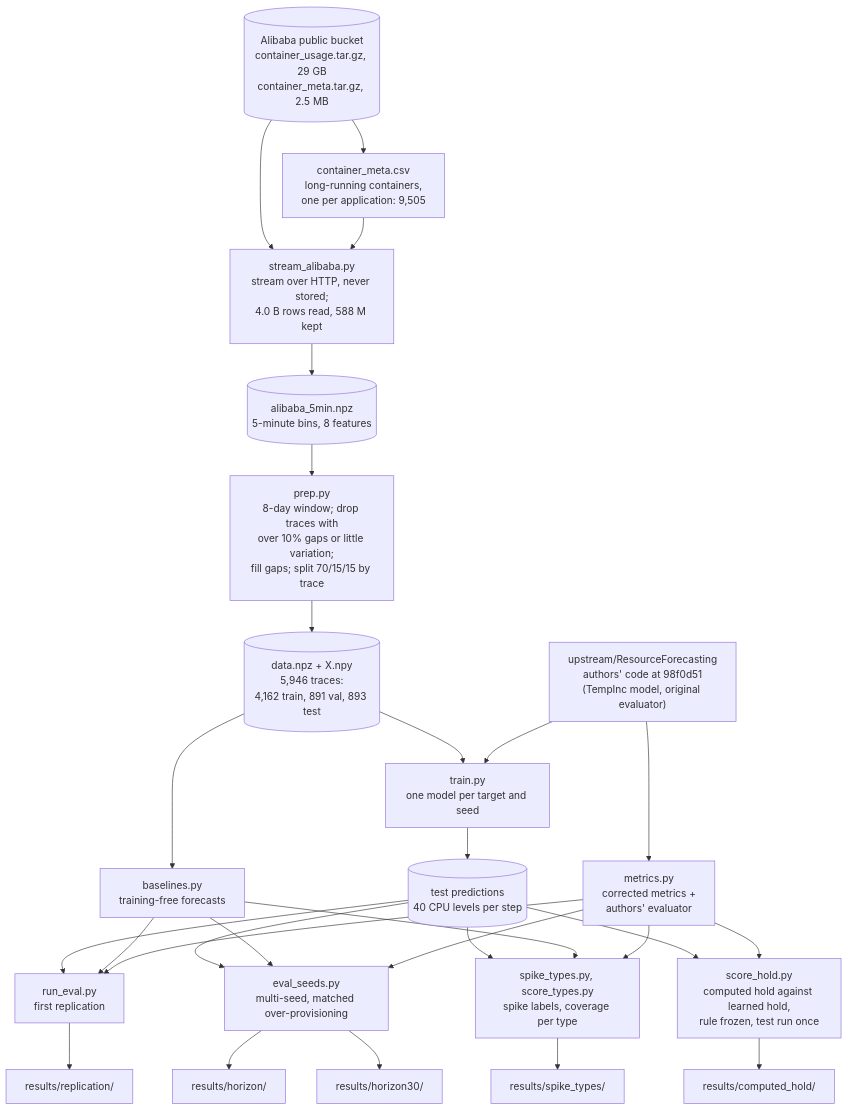
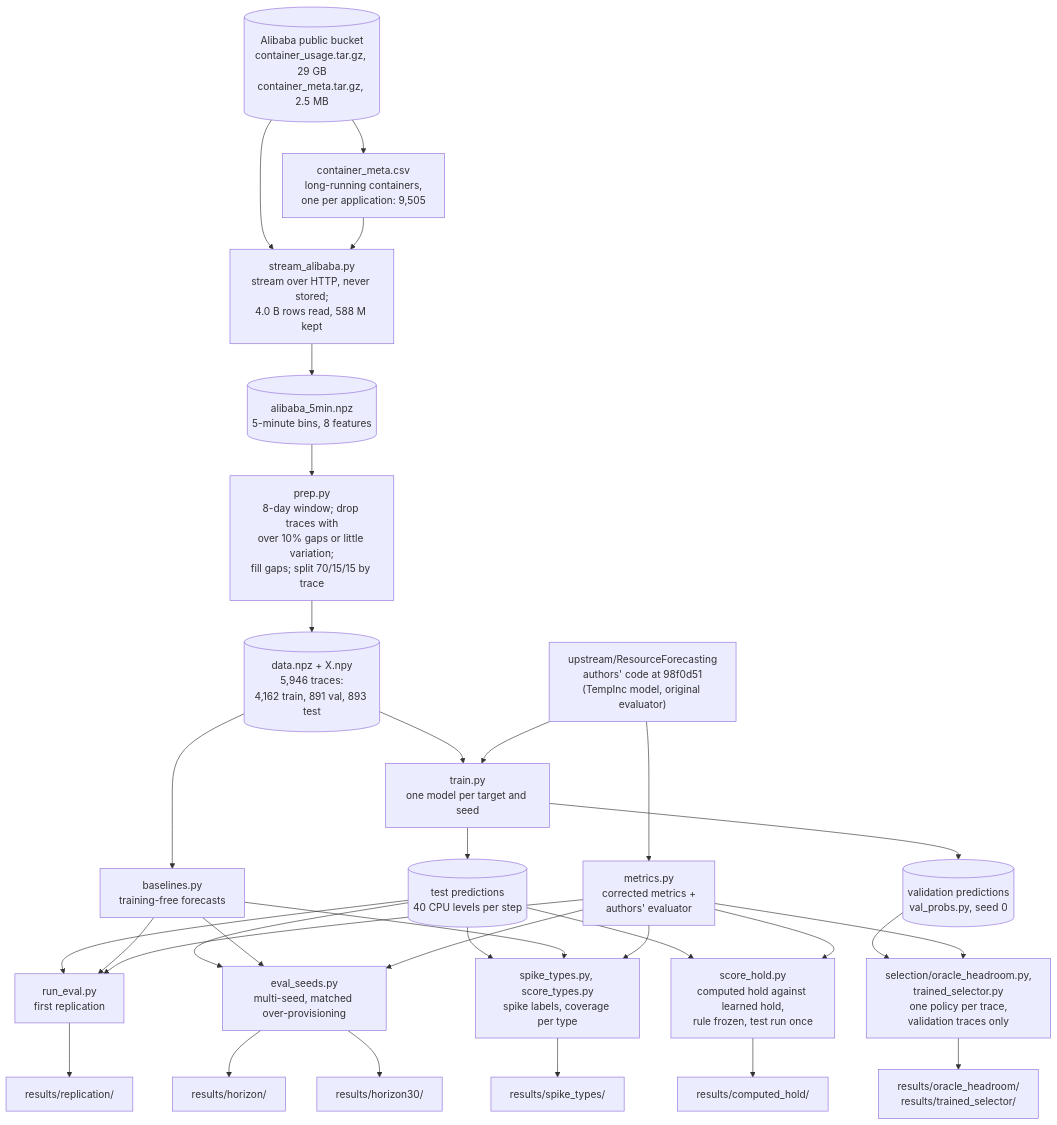
One commit to ashutosharma2/SpikeCheck changed the first of 5 diagrams in docs/architecture.md. Above: the diagram before and after it, drawn with Mermaid. The commit also changed other lines of this file and 17 other files, not shown here.

First line of the commit message:
Check for headroom before building a per-trace policy selector

````diff
--- a/docs/architecture.md
+++ b/docs/architecture.md
@@ -26,50 +26,57 @@
 ```mermaid
 flowchart TD
     OSS[("Alibaba public bucket<br/>container_usage.tar.gz, 29 GB<br/>container_meta.tar.gz, 2.5 MB")]
     META["container_meta.csv<br/>long-running containers,<br/>one per application: 9,505"]
     STREAM["stream_alibaba.py<br/>stream over HTTP, never stored;<br/>4.0 B rows read, 588 M kept"]
     AGG[("alibaba_5min.npz<br/>5-minute bins, 8 features")]
     PREP["prep.py<br/>8-day window; drop traces with<br/>over 10% gaps or little variation;<br/>fill gaps; split 70/15/15 by trace"]
     DATA[("data.npz + X.npy<br/>5,946 traces:<br/>4,162 train, 891 val, 893 test")]
     UP["upstream/ResourceForecasting<br/>authors' code at 98f0d51<br/>(TempInc model, original evaluator)"]
     TRAIN["train.py<br/>one model per target and seed"]
     PROBS[("test predictions<br/>40 CPU levels per step")]
     BASE["baselines.py<br/>training-free forecasts"]
     EVAL1["run_eval.py<br/>first replication"]
     EVAL2["eval_seeds.py<br/>multi-seed, matched over-provisioning"]
     M["metrics.py<br/>corrected metrics +<br/>authors' evaluator"]
     R1["results/replication/"]
     R2["results/horizon/"]
     R3["results/horizon30/"]
     EVAL3["spike_types.py, score_types.py<br/>spike labels, coverage per type"]
     R4["results/spike_types/"]
     EVAL4["score_hold.py<br/>computed hold against learned hold,<br/>rule frozen, test run once"]
     R5["results/computed_hold/"]
+    VAL[("validation predictions<br/>val_probs.py, seed 0")]
+    EVAL5["selection/oracle_headroom.py,<br/>trained_selector.py<br/>one policy per trace,<br/>validation traces only"]
+    R6["results/oracle_headroom/<br/>results/trained_selector/"]
 
     OSS --> META
     OSS --> STREAM
     META --> STREAM
     STREAM --> AGG --> PREP --> DATA
     DATA --> TRAIN
     UP --> TRAIN
     TRAIN --> PROBS
     PROBS --> EVAL1
     PROBS --> EVAL2
     DATA --> BASE
     BASE --> EVAL1
     BASE --> EVAL2
     M --> EVAL1
     M --> EVAL2
     UP --> M
     EVAL1 --> R1
     EVAL2 --> R2
     EVAL2 --> R3
     PROBS --> EVAL3
     BASE --> EVAL3
     M --> EVAL3
     EVAL3 --> R4
     PROBS --> EVAL4
     M --> EVAL4
     EVAL4 --> R5
+    TRAIN --> VAL
+    VAL --> EVAL5
+    M --> EVAL5
+    EVAL5 --> R6
 
 ```
````
